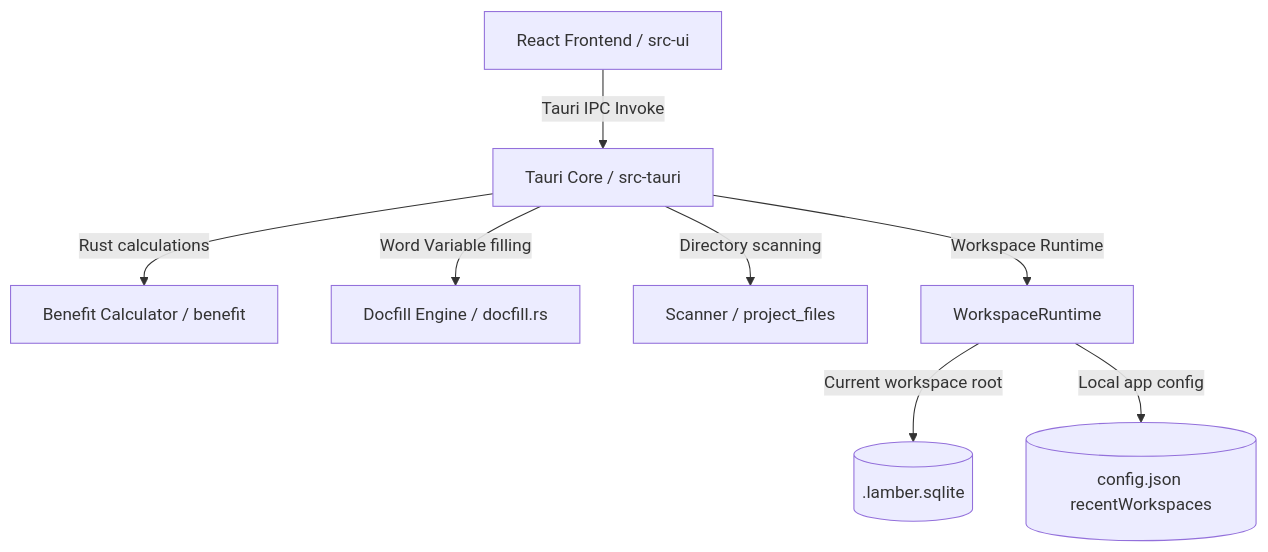
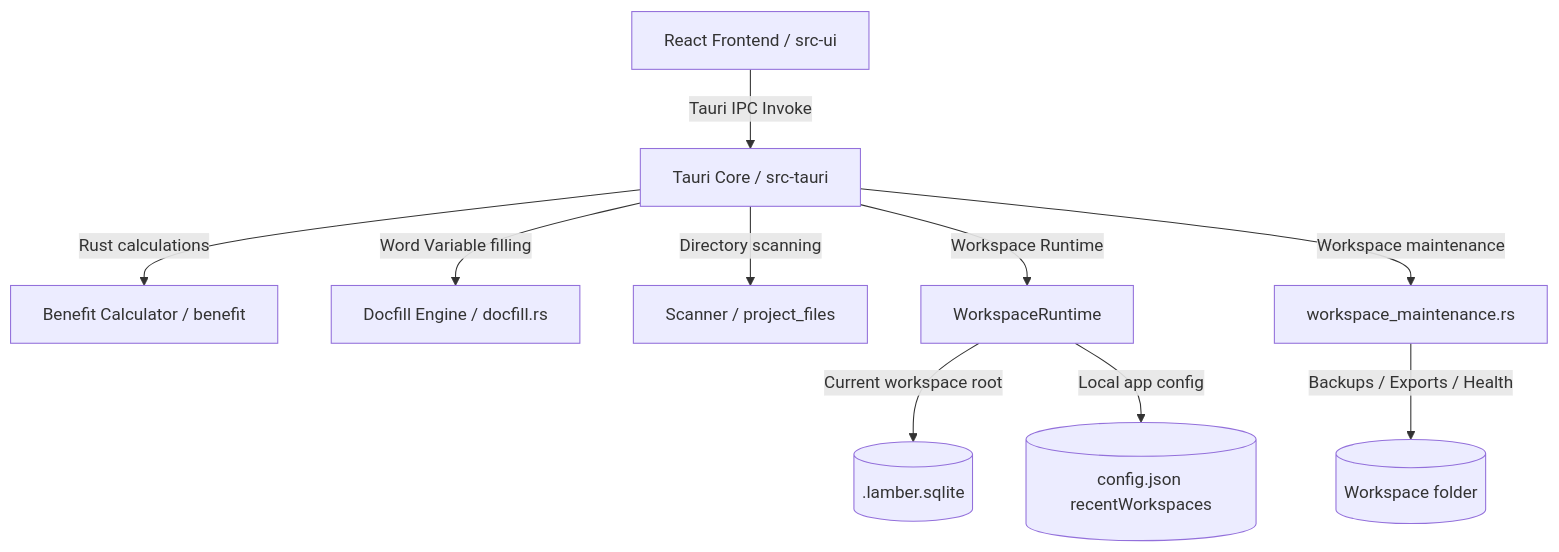
One commit to steven-mountain/lamber changed the diagram in docs/ARCHITECTURE_MAP.md. Above: the diagram before and after it, drawn with Mermaid. The commit also changed other lines of this file and 40 other files, not shown here.

````diff
--- a/docs/ARCHITECTURE_MAP.md
+++ b/docs/ARCHITECTURE_MAP.md
@@ -9,10 +9,12 @@
 ```mermaid
 graph TD
     UI[React Frontend / src-ui] -->|Tauri IPC Invoke| Tauri[Tauri Core / src-tauri]
     Tauri -->|Rust calculations| Calc[Benefit Calculator / benefit]
     Tauri -->|Word Variable filling| Doc[Docfill Engine / docfill.rs]
     Tauri -->|Directory scanning| Scan[Scanner / project_files]
     Tauri -->|Workspace Runtime| WS[WorkspaceRuntime]
+    Tauri -->|Workspace maintenance| WM[workspace_maintenance.rs]
     WS -->|Current workspace root| DB[(.lamber.sqlite)]
     WS -->|Local app config| CFG[(config.json recentWorkspaces)]
+    WM -->|Backups / Exports / Health| WSF[(Workspace folder)]
 ```
````
